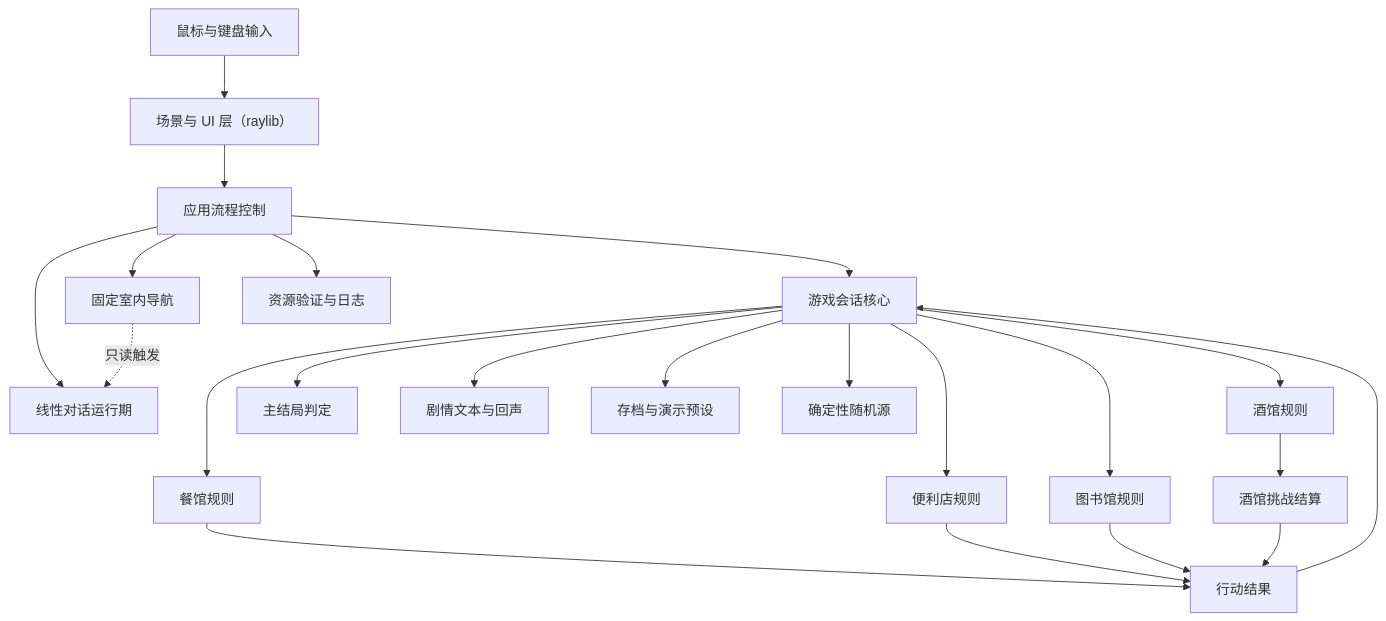
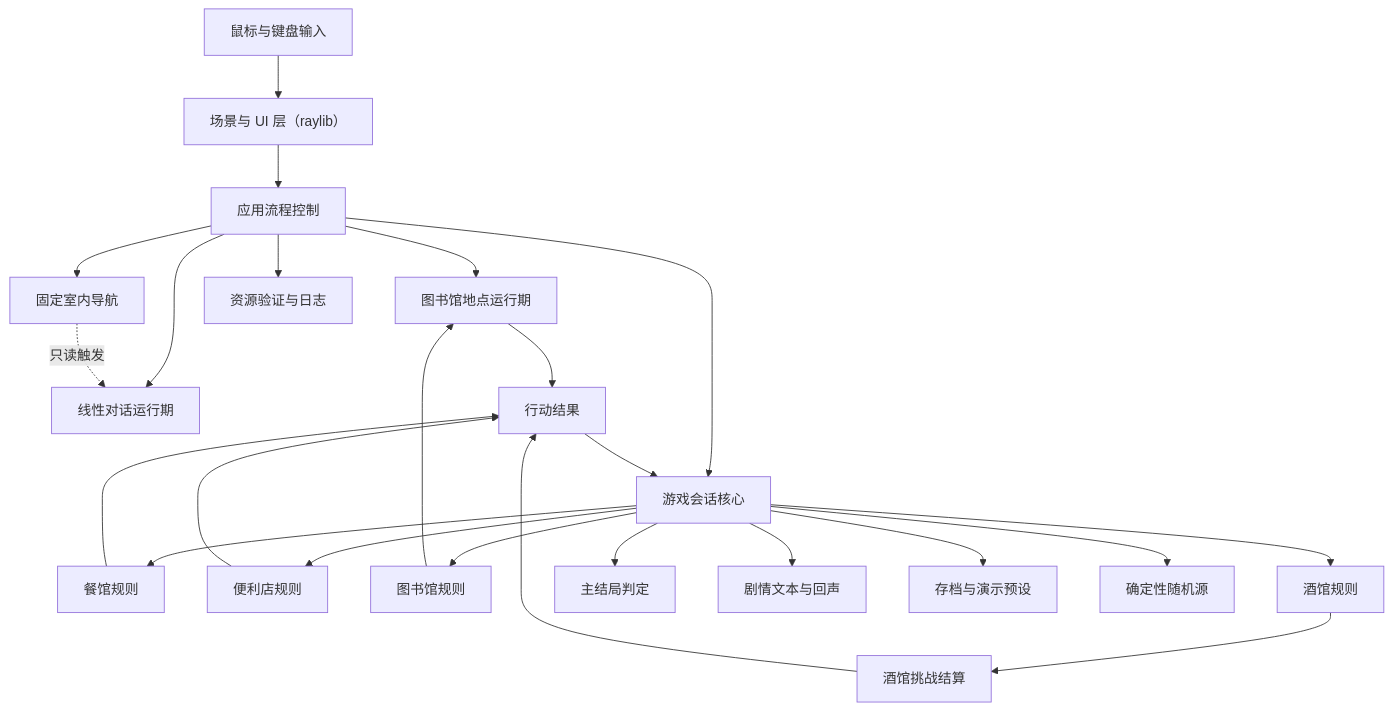
The first of 3 diagrams in docs/DESIGN.md (ljm-hsw/-666), drawn with Mermaid before and after one commit. The commit also changed other lines of this file and 27 other files, not shown here.

Commit message:
Extract dedicated library runtime

````diff
--- a/docs/DESIGN.md
+++ b/docs/DESIGN.md
@@ -17,24 +17,26 @@
 ```mermaid
 flowchart TB
     Input["鼠标与键盘输入"] --> Scenes["场景与 UI 层（raylib）"]
     Scenes --> App["应用流程控制"]
+    App --> LibraryRuntime["图书馆地点运行期"]
     App --> Navigation["固定室内导航"]
     App --> Dialogue["线性对话运行期"]
     App --> Core["游戏会话核心"]
     Core --> Restaurant["餐馆规则"]
     Core --> Store["便利店规则"]
     Core --> Library["图书馆规则"]
     Core --> Tavern["酒馆规则"]
     Core --> Ending["主结局判定"]
     Core --> Story["剧情文本与回声"]
     Core --> Save["存档与演示预设"]
     Core --> Random["确定性随机源"]
     App --> Resources["资源验证与日志"]
     Restaurant --> Result["行动结果"]
     Store --> Result
-    Library --> Result
+    Library --> LibraryRuntime
+    LibraryRuntime --> Result
     Tavern --> TavernSettlement["酒馆挑战结算"]
     TavernSettlement --> Result
     Result --> Core
     Navigation -.->|只读触发| Dialogue
 ```
````
